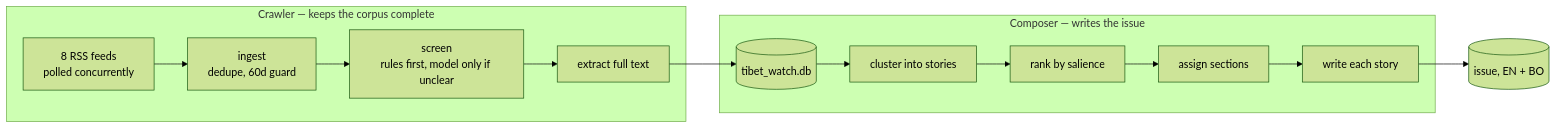
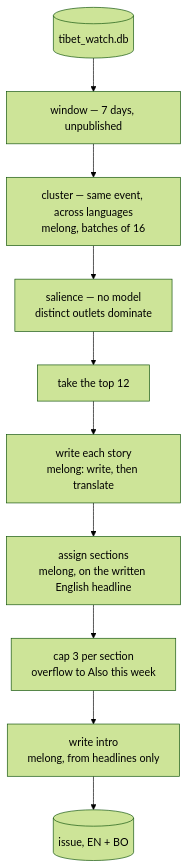
One commit to tenlhak/monlam_hackathon26 changed the seventh of 7 diagrams in README.md. Above: the diagram before and after it, drawn with Mermaid (forest theme). The commit also changed other lines of this file, not shown here.

First line of the commit message:
docs: split the newsroom into crawler and composer sections

````diff
--- a/README.md
+++ b/README.md
@@ -189,14 +259,12 @@
 ```mermaid
-flowchart LR
-    subgraph Crawl["Crawler — keeps the corpus complete"]
-        F["8 RSS feeds<br/>polled concurrently"] --> I["ingest<br/>dedupe, 60d guard"]
-        I --> Sc["screen<br/>rules first, model only if unclear"]
-        Sc --> Ex["extract full text"]
-    end
-    Ex --> C[("tibet_watch.db")]
-    subgraph Comp["Composer — writes the issue"]
-        C --> Cl["cluster into stories"] --> Sa["rank by salience"]
-        Sa --> Se["assign sections"] --> W["write each story"]
-    end
-    W --> Issue[("issue, EN + BO")]
+flowchart TD
+    DB[("tibet_watch.db")] --> W["window — 7 days, unpublished"]
+    W --> C["cluster — same event, across languages<br/>melong, batches of 16"]
+    C --> S["salience — no model<br/>distinct outlets dominate"]
+    S --> T["take the top 12"]
+    T --> WS["write each story<br/>melong: write, then translate"]
+    WS --> AS["assign sections<br/>melong, on the written English headline"]
+    AS --> Cap["cap 3 per section<br/>overflow to Also this week"]
+    Cap --> IN["write intro<br/>melong, from headlines only"]
+    IN --> Issue[("issue, EN + BO")]
 ```
````
